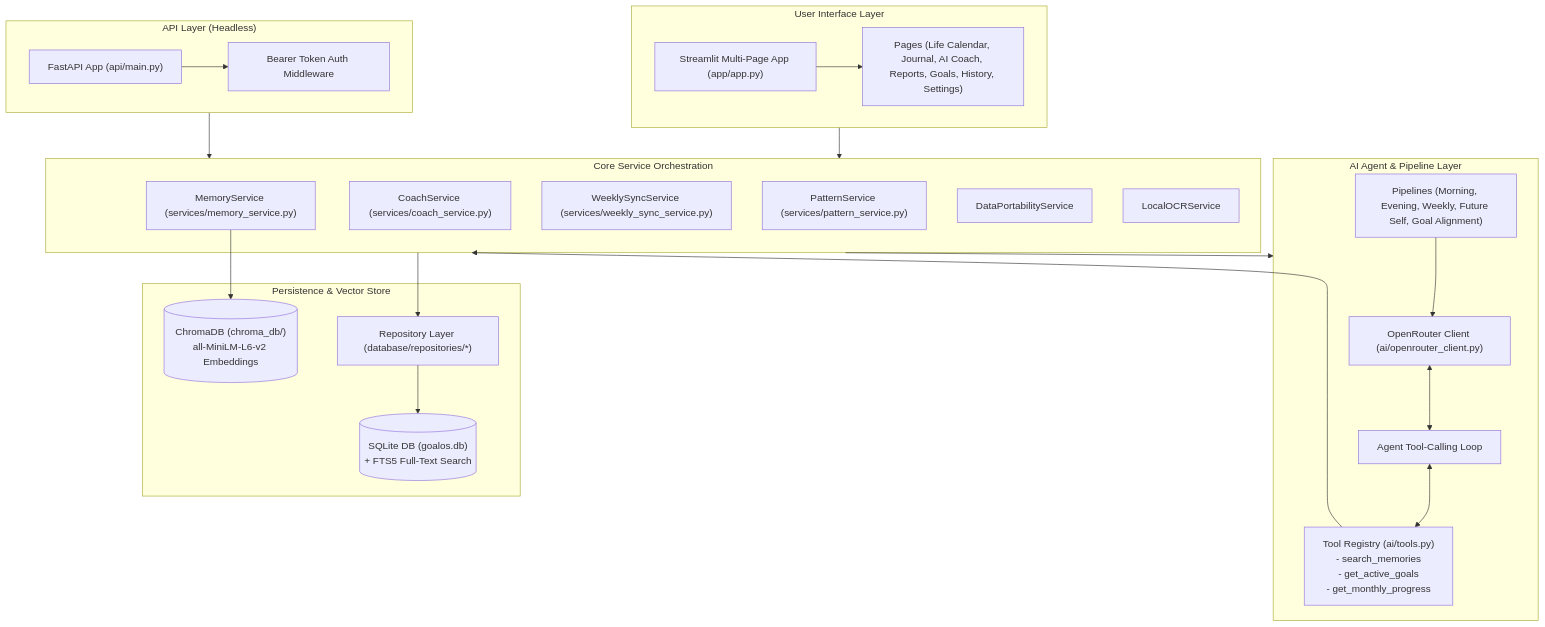
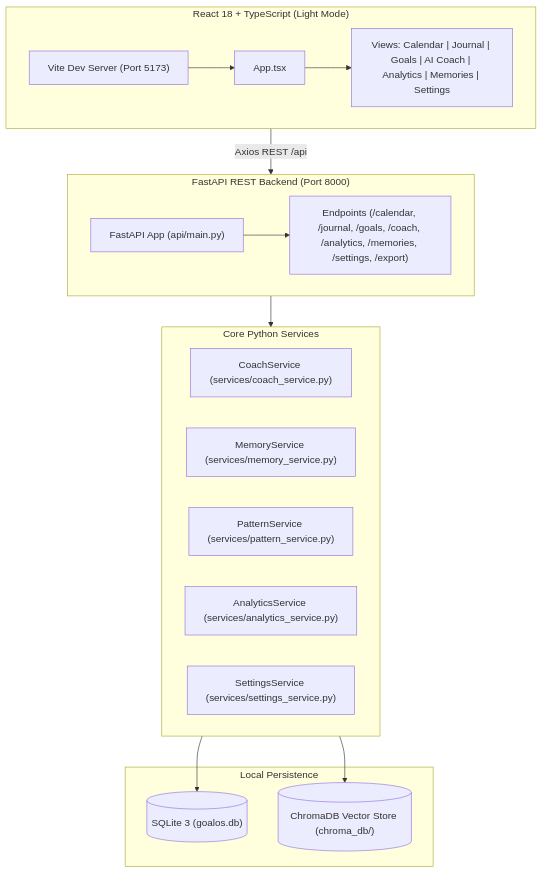
Before and after one commit to jegadeesh17/GoalOS: the diagram in README.md, drawn with Mermaid. The commit also changed other lines of this file and 3 other files, not shown here.

````diff
--- a/README.md
+++ b/README.md
@@ -80,47 +92,33 @@
 ```mermaid
 flowchart TD
-    subgraph UI_Layer ["User Interface Layer"]
-        Streamlit["Streamlit Multi-Page App (app/app.py)"]
-        Pages["Pages (Life Calendar, Journal, AI Coach, Reports, Goals, History, Settings)"]
-        Streamlit --> Pages
+    subgraph Frontend_Layer ["React 18 + TypeScript (Light Mode)"]
+        Vite["Vite Dev Server (Port 5173)"]
+        App["App.tsx"]
+        Views["Views: Calendar | Journal | Goals | AI Coach | Analytics | Memories | Settings"]
+        Vite --> App --> Views
     end
 
-    subgraph API_Layer ["API Layer (Headless)"]
+    subgraph API_Layer ["FastAPI REST Backend (Port 8000)"]
         FastAPI["FastAPI App (api/main.py)"]
-        Auth["Bearer Token Auth Middleware"]
-        FastAPI --> Auth
+        Routes["Endpoints (/calendar, /journal, /goals, /coach, /analytics, /memories, /settings, /export)"]
+        FastAPI --> Routes
     end
 
-    subgraph Service_Layer ["Core Service Orchestration"]
+    subgraph Service_Layer ["Core Python Services"]
         CoachService["CoachService (services/coach_service.py)"]
         MemoryService["MemoryService (services/memory_service.py)"]
-        WeeklySync["WeeklySyncService (services/weekly_sync_service.py)"]
         PatternService["PatternService (services/pattern_service.py)"]
-        Portability["DataPortabilityService"]
-        OCRService["LocalOCRService"]
+        AnalyticsService["AnalyticsService (services/analytics_service.py)"]
+        SettingsService["SettingsService (services/settings_service.py)"]
     end
 
-    subgraph AI_Engine ["AI Agent & Pipeline Layer"]
-        OpenRouter["OpenRouter Client (ai/openrouter_client.py)"]
-        AgentLoop["Agent Tool-Calling Loop"]
-        Tools["Tool Registry (ai/tools.py)\n- search_memories\n- get_active_goals\n- get_monthly_progress"]
-        Pipelines["Pipelines (Morning, Evening, Weekly, Future Self, Goal Alignment)"]
-        OpenRouter <--> AgentLoop
-        AgentLoop <--> Tools
-        Pipelines --> OpenRouter
+    subgraph Data_Layer ["Local Persistence"]
+        SQLite[("SQLite 3 (goalos.db)")]
+        ChromaDB[("ChromaDB Vector Store (chroma_db/)")]
     end
 
-    subgraph Storage_Layer ["Persistence & Vector Store"]
-        SQLite[("SQLite DB (goalos.db)\n+ FTS5 Full-Text Search")]
-        Chroma[("ChromaDB (chroma_db/)\nall-MiniLM-L6-v2 Embeddings")]
-        Repositories["Repository Layer (database/repositories/*)"]
-    end
-
-    UI_Layer --> Service_Layer
+    Frontend_Layer -->|Axios REST /api| API_Layer
     API_Layer --> Service_Layer
-    Service_Layer --> AI_Engine
-    Service_Layer --> Repositories
-    Tools --> Service_Layer
-    Repositories --> SQLite
-    MemoryService --> Chroma
+    Service_Layer --> SQLite
+    Service_Layer --> ChromaDB
 ```
````
